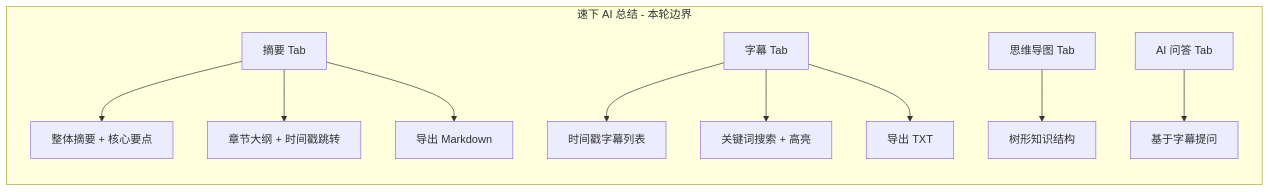
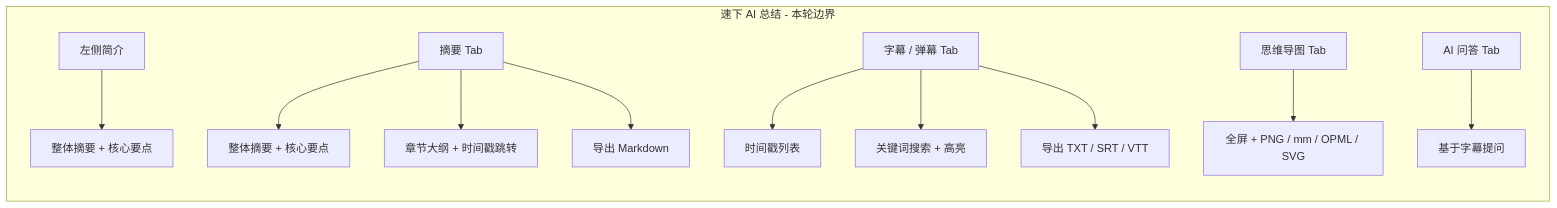
The second of 2 diagrams in docs/竞品调研-AI视频总结.md (186846/luli_video_download), drawn with Mermaid before and after one commit. The commit also changed other lines of this file and 15 other files, not shown here.

First line of the commit message:
增强 AI 总结详情页体验：左侧简介、多格式导出与思维导图互通。

````diff
--- a/docs/竞品调研-AI视频总结.md
+++ b/docs/竞品调研-AI视频总结.md
@@ -182,13 +182,14 @@
 ```mermaid
 flowchart LR
   subgraph SpeedyDL[速下 AI 总结 - 本轮边界]
+    Side[左侧简介] --> Side1[整体摘要 + 核心要点]
     A[摘要 Tab] --> A1[整体摘要 + 核心要点]
     A --> A2[章节大纲 + 时间戳跳转]
     A --> A3[导出 Markdown]
-    B[字幕 Tab] --> B1[时间戳字幕列表]
+    B[字幕 / 弹幕 Tab] --> B1[时间戳列表]
     B --> B2[关键词搜索 + 高亮]
-    B --> B3[导出 TXT]
-    C[思维导图 Tab] --> C1[树形知识结构]
+    B --> B3[导出 TXT / SRT / VTT]
+    C[思维导图 Tab] --> C1[全屏 + PNG / mm / OPML / SVG]
     D[AI 问答 Tab] --> D1[基于字幕提问]
   end
 ```
````
